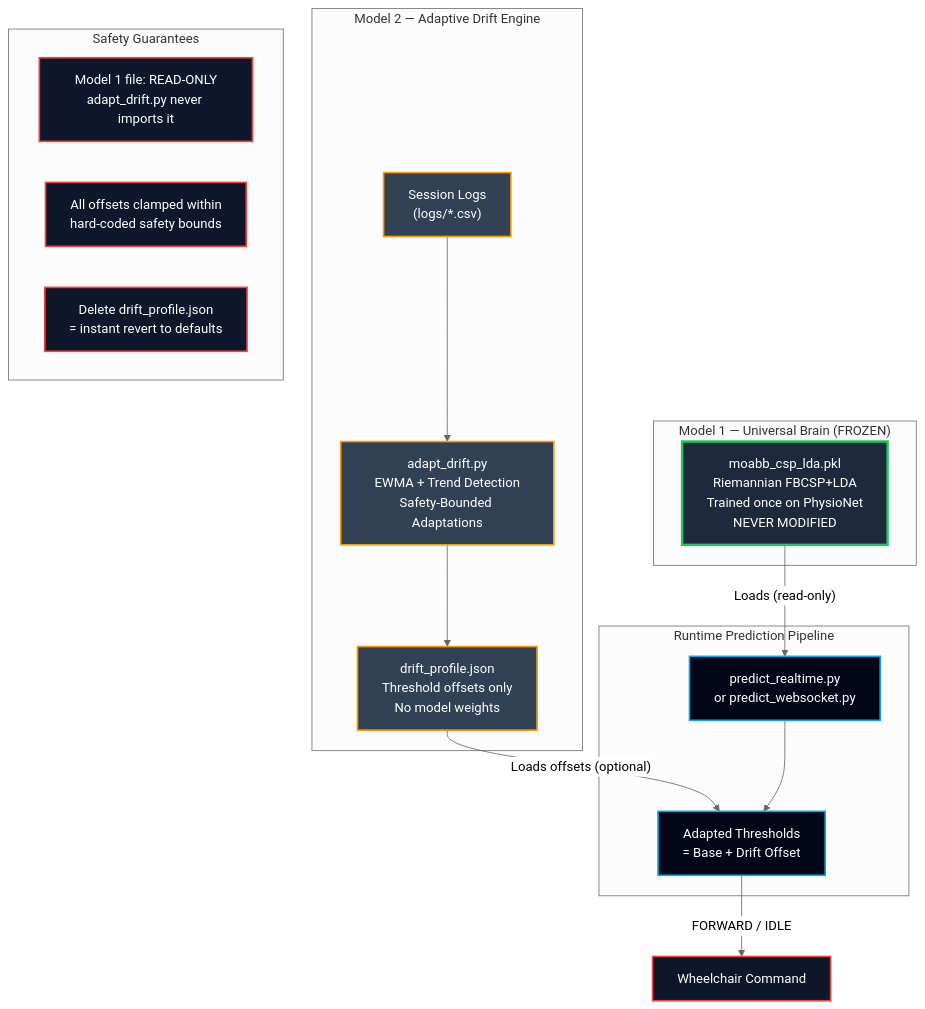
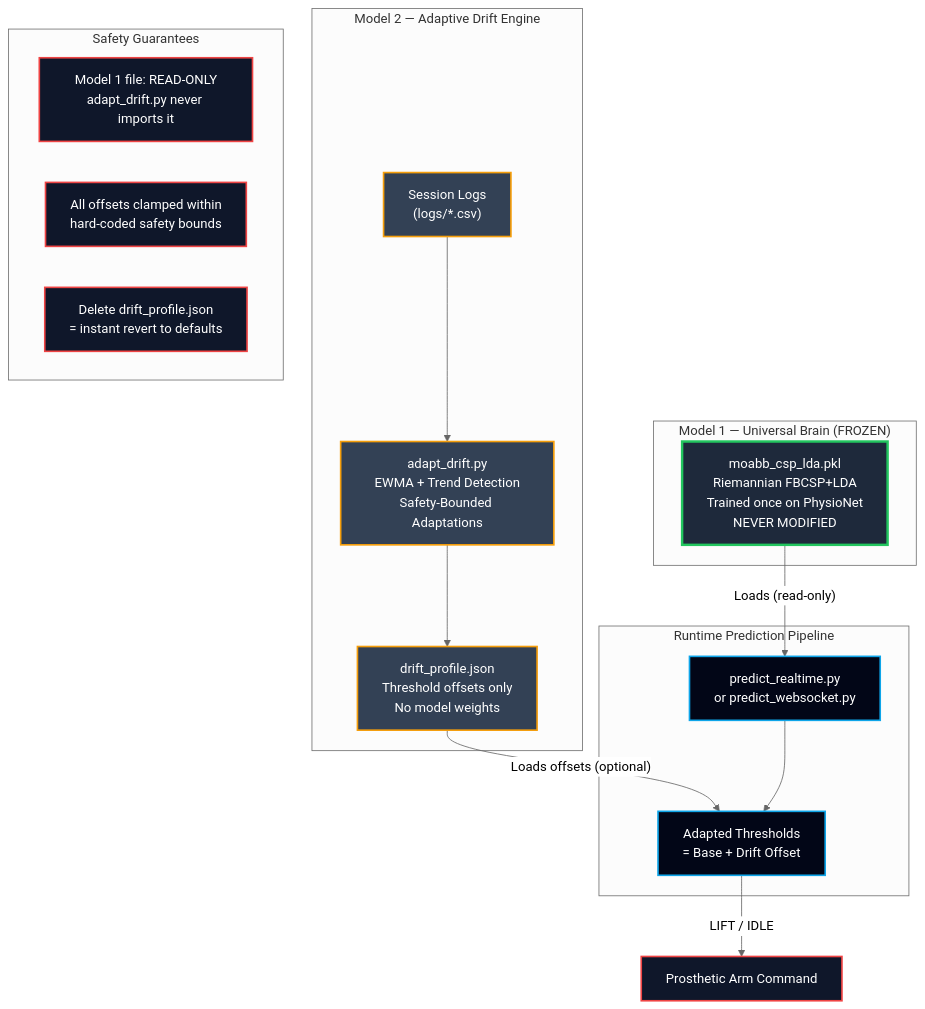
One commit to NAVEENKCG/Mind_Wave_AImodel changed the eighth of 8 diagrams in ARCHITECTURE.md. Above: the diagram before and after it, drawn with Mermaid (neutral theme). The commit also changed other lines of this file and 6 other files, not shown here.

Commit message:
feat: upgrade to 4-class motor imagery pipeline (IDLE, LEFT, RIGHT, FORWARD)

````diff
--- a/ARCHITECTURE.md
+++ b/ARCHITECTURE.md
@@ -496,35 +496,35 @@
 ```mermaid
 flowchart TD
     classDef frozen fill:#1e293b,stroke:#22c55e,stroke-width:3px,color:#fff
     classDef drift fill:#334155,stroke:#f59e0b,stroke-width:2px,color:#fff
     classDef safe fill:#0f172a,stroke:#ef4444,stroke-width:2px,color:#fff
     classDef output fill:#020617,stroke:#0ea5e9,stroke-width:2px,color:#fff
 
     subgraph MODEL1["Model 1 — Universal Brain (FROZEN)"]
         M1["moabb_csp_lda.pkl<br/>Riemannian FBCSP+LDA<br/>Trained once on PhysioNet<br/>NEVER MODIFIED"]:::frozen
     end
 
     subgraph MODEL2["Model 2 — Adaptive Drift Engine"]
         LOGS["Session Logs<br/>(logs/*.csv)"]:::drift
         ANALYZE["adapt_drift.py<br/>EWMA + Trend Detection<br/>Safety-Bounded Adaptations"]:::drift
         DRIFT["drift_profile.json<br/>Threshold offsets only<br/>No model weights"]:::drift
 
         LOGS --> ANALYZE --> DRIFT
     end
 
     subgraph RUNTIME["Runtime Prediction Pipeline"]
         PRED["predict_realtime.py<br/>or predict_websocket.py"]:::output
         THRESH["Adapted Thresholds<br/>= Base + Drift Offset"]:::output
     end
 
     M1 -->|"Loads (read-only)"| PRED
     DRIFT -->|"Loads offsets (optional)"| THRESH
     PRED --> THRESH
-    THRESH -->|"FORWARD / IDLE"| CMD["Wheelchair Command"]:::safe
+    THRESH -->|"LIFT / IDLE"| CMD["Prosthetic Arm Command"]:::safe
 
     subgraph SAFETY["Safety Guarantees"]
         S1["Model 1 file: READ-ONLY<br/>adapt_drift.py never imports it"]:::safe
         S2["All offsets clamped within<br/>hard-coded safety bounds"]:::safe
         S3["Delete drift_profile.json<br/>= instant revert to defaults"]:::safe
     end
 ```
````
